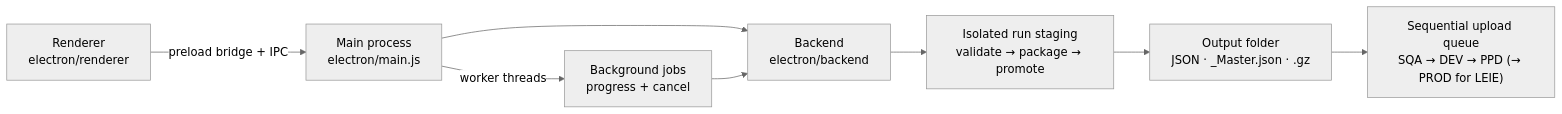
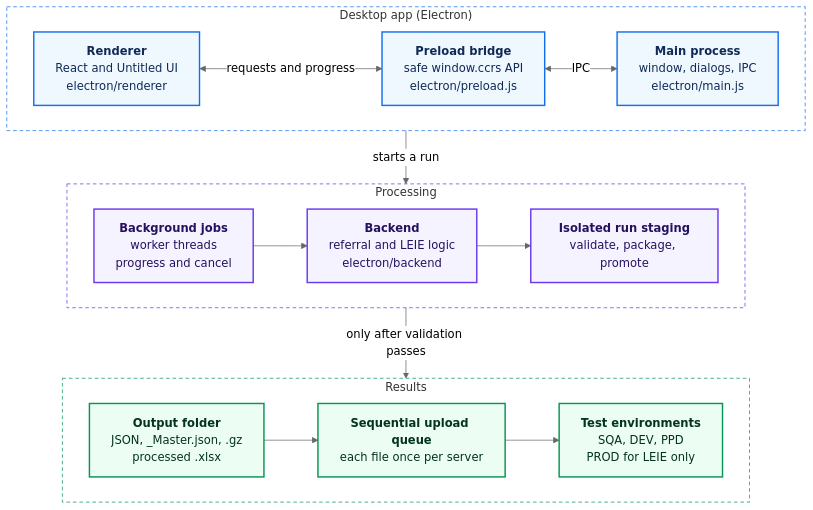
The diagram in README.md (mohamedmoheyeldin/ccrs-file-processing-framework-js), drawn with Mermaid (neutral theme) before and after one commit. The commit also changed other lines of this file, not shown here.

Commit message:
Redraw the README architecture diagram as three labeled layers
Claude-Session: https://claude.ai/code/session_014V7BPFVU3zefQrD58mBuSb

````diff
--- a/README.md
+++ b/README.md
@@ -44,10 +44,42 @@
 ```mermaid
-flowchart LR
-  UI["Renderer<br/>electron/renderer"] -- "preload bridge + IPC" --> Main["Main process<br/>electron/main.js"]
-  Main --> Backend["Backend<br/>electron/backend"]
-  Main -- "worker threads" --> Jobs["Background jobs<br/>progress + cancel"]
-  Jobs --> Backend
-  Backend --> Staging["Isolated run staging<br/>validate → package → promote"]
-  Staging --> Output["Output folder<br/>JSON · _Master.json · .gz"]
-  Output --> Queue["Sequential upload queue<br/>SQA → DEV → PPD (→ PROD for LEIE)"]
+flowchart TB
+  subgraph APP["Desktop app (Electron)"]
+    direction LR
+    UI["<b>Renderer</b><br/>React and Untitled UI<br/>electron/renderer"]
+    PRE["<b>Preload bridge</b><br/>safe window.ccrs API<br/>electron/preload.js"]
+    MAIN["<b>Main process</b><br/>window, dialogs, IPC<br/>electron/main.js"]
+    UI <-->|"requests and progress"| PRE
+    PRE <-->|"IPC"| MAIN
+  end
+
+  subgraph WORK["Processing"]
+    direction LR
+    JOBS["<b>Background jobs</b><br/>worker threads<br/>progress and cancel"]
+    BACK["<b>Backend</b><br/>referral and LEIE logic<br/>electron/backend"]
+    STAGE["<b>Isolated run staging</b><br/>validate, package, promote"]
+    JOBS --> BACK
+    BACK --> STAGE
+  end
+
+  subgraph RESULTS["Results"]
+    direction LR
+    FILES["<b>Output folder</b><br/>JSON, _Master.json, .gz<br/>processed .xlsx"]
+    QUEUE["<b>Sequential upload queue</b><br/>each file once per server"]
+    ENV["<b>Test environments</b><br/>SQA, DEV, PPD<br/>PROD for LEIE only"]
+    FILES --> QUEUE
+    QUEUE --> ENV
+  end
+
+  APP -->|"starts a run"| WORK
+  WORK -->|"only after validation passes"| RESULTS
+
+  classDef app fill:#EFF8FF,stroke:#1570EF,stroke-width:2px,color:#102A56
+  classDef work fill:#F4F3FF,stroke:#6938EF,stroke-width:2px,color:#27115F
+  classDef results fill:#ECFDF3,stroke:#079455,stroke-width:2px,color:#053321
+  class UI,PRE,MAIN app
+  class JOBS,BACK,STAGE work
+  class FILES,QUEUE,ENV results
+  style APP fill:none,stroke:#1570EF,stroke-dasharray:5 4
+  style WORK fill:none,stroke:#6938EF,stroke-dasharray:5 4
+  style RESULTS fill:none,stroke:#079455,stroke-dasharray:5 4
 ```
````
